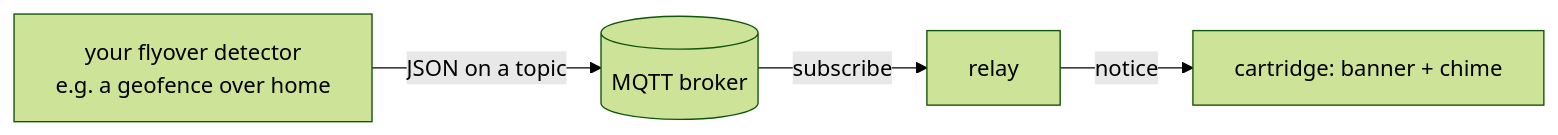
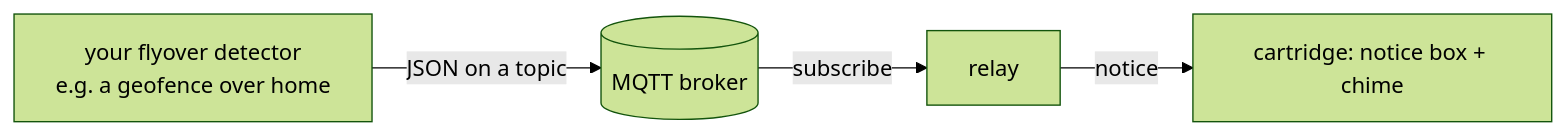
One commit to jfryman/mega-wifi-radar changed the diagram in docs/flyover.md. Above: the diagram before and after it, drawn with Mermaid (forest theme). The commit also changed other lines of this file and 24 other files, not shown here.

````diff
--- a/docs/flyover.md
+++ b/docs/flyover.md
@@ -9,6 +9,6 @@
 ```mermaid
 flowchart LR
   D[your flyover detector<br/>e.g. a geofence over home] -- JSON on a topic --> B[(MQTT broker)]
   B -- subscribe --> R[relay]
-  R -- notice --> C[cartridge: banner + chime]
+  R -- notice --> C[cartridge: notice box + chime]
 ```
````
